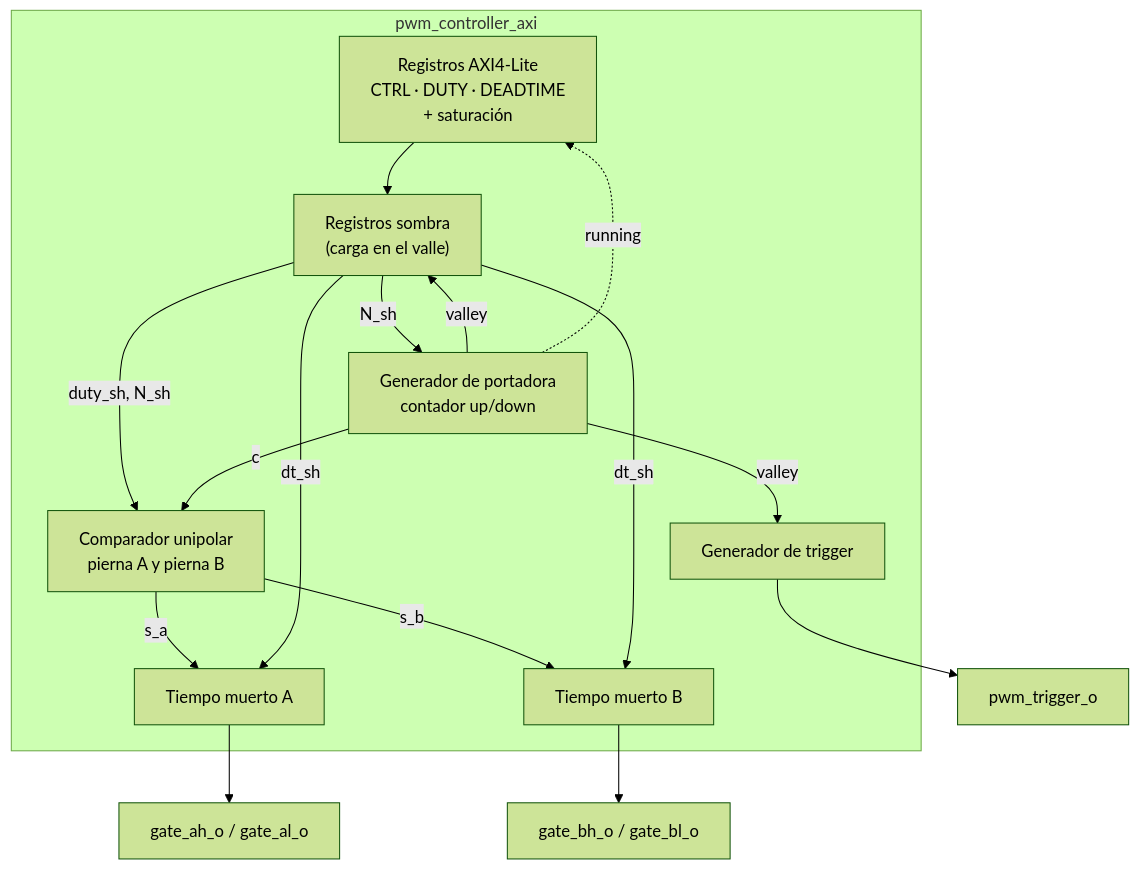
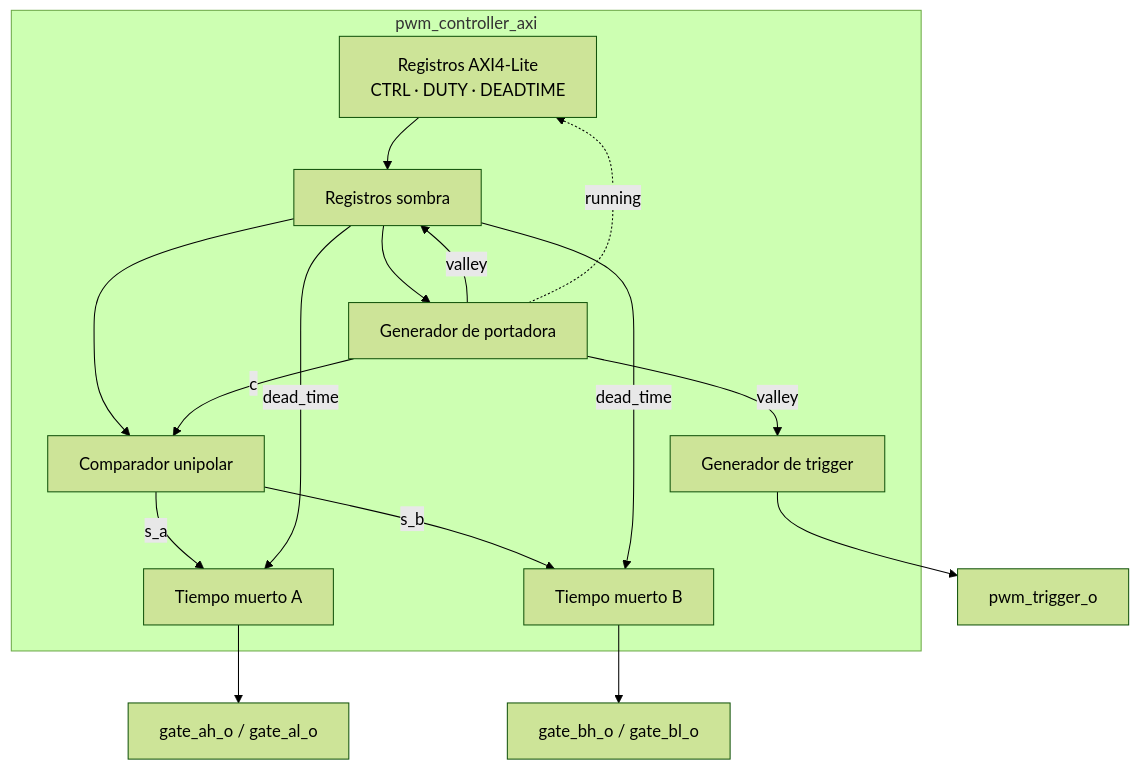
The first of 3 diagrams in docs/diseno/planteamiento.md (IE-TDD-EL3313/Proyecto_4), drawn with Mermaid (forest theme) before and after one commit. The commit also changed other lines of this file, not shown here.

Commit message:
docs(pwm): diseño del controlador PWM y registros AXI4-Lite

````diff
--- a/docs/diseno/planteamiento.md
+++ b/docs/diseno/planteamiento.md
@@ -132,26 +124,26 @@
 ```mermaid
 flowchart TB
     subgraph TOP["pwm_controller_axi"]
-        AXI["Registros AXI4-Lite<br/>CTRL · DUTY · DEADTIME<br/>+ saturación"]
-        SH["Registros sombra<br/>(carga en el valle)"]
-        CAR["Generador de portadora<br/>contador up/down"]
-        CMP["Comparador unipolar<br/>pierna A y pierna B"]
+        AXI["Registros AXI4-Lite<br/>CTRL · DUTY · DEADTIME"]
+        SH["Registros sombra"]
+        CAR["Generador de portadora"]
+        CMP["Comparador unipolar"]
         DTA["Tiempo muerto A"]
         DTB["Tiempo muerto B"]
         TRG["Generador de trigger"]
         AXI --> SH
-        SH -- "N_sh" --> CAR
-        SH -- "duty_sh, N_sh" --> CMP
+        SH --> CAR
+        SH --> CMP
         CAR -- "c" --> CMP
         CMP -- "s_a" --> DTA
         CMP -- "s_b" --> DTB
-        SH -- "dt_sh" --> DTA
-        SH -- "dt_sh" --> DTB
+        SH -- "dead_time" --> DTA
+        SH -- "dead_time" --> DTB
         CAR -- "valley" --> TRG
         CAR -- "valley" --> SH
         CAR -. "running" .-> AXI
     end
     DTA --> GA["gate_ah_o / gate_al_o"]
     DTB --> GB["gate_bh_o / gate_bl_o"]
     TRG --> T["pwm_trigger_o"]
 ```
````
